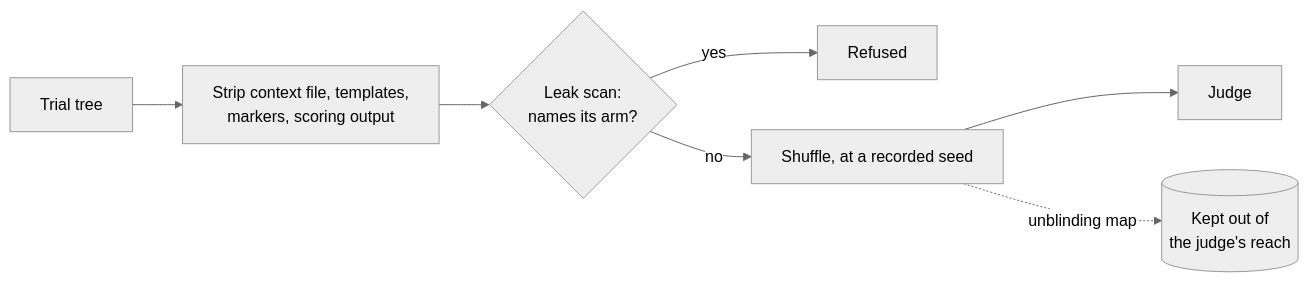
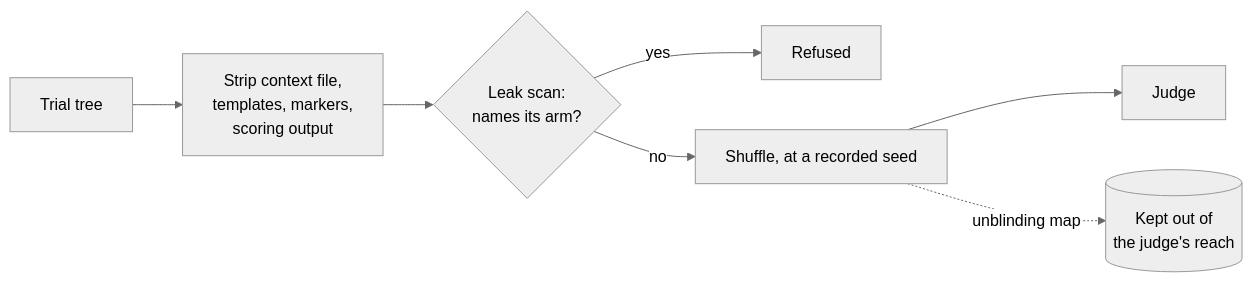
The fourth of 6 diagrams in docs/architecture/08-crosscutting-concepts.md (solid-ai-dev/solid-ai-benchmark), drawn with Mermaid (neutral theme) before and after one commit.

Commit message:
docs(architecture): keep chapter 8's blinding diagram within 88 columns
Claude-Session: https://claude.ai/code/session_01DpT5xPFWEQr1bipxbbKBRF

````diff
--- a/docs/architecture/08-crosscutting-concepts.md
+++ b/docs/architecture/08-crosscutting-concepts.md
@@ -206,9 +206,10 @@
 ```mermaid
 flowchart LR
-    tree["Trial tree"] --> strip["Strip context file, templates,<br/>markers, scoring output"]
+    strip["Strip context file,<br/>templates, markers,<br/>scoring output"]
+    tree["Trial tree"] --> strip
     strip --> scan{"Leak scan:<br/>names its arm?"}
     scan -- yes --> refuse["Refused"]
     scan -- no --> order["Shuffle, at a recorded seed"]
     order --> judge["Judge"]
     order -. "unblinding map" .-> map[("Kept out of<br/>the judge's reach")]
 ```
````
